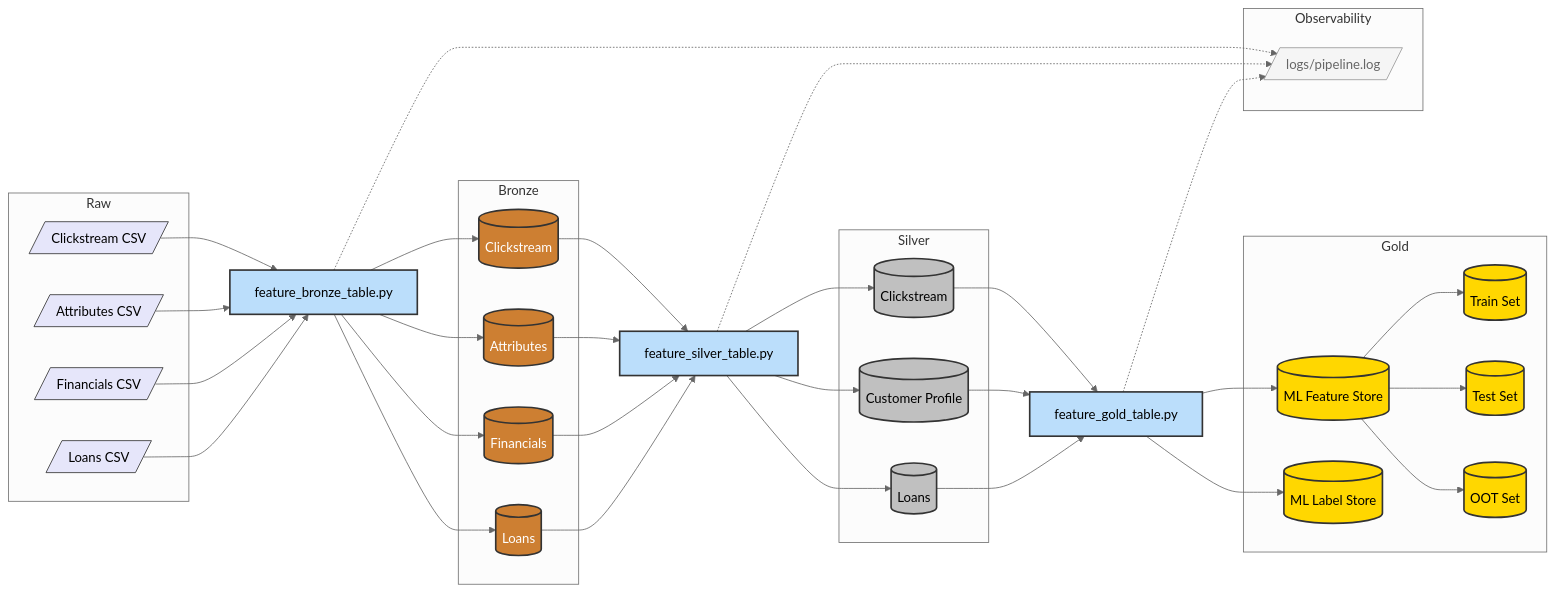
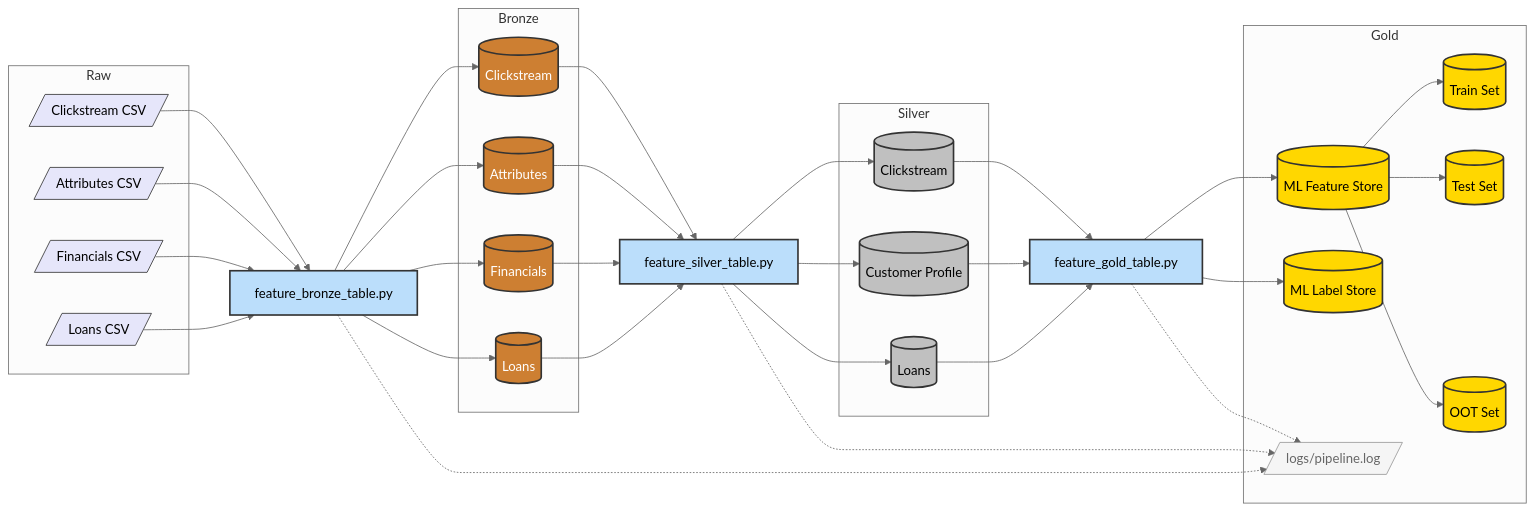
One commit to siranishkd/predictive-loan-default-modelling changed the diagram in docs/architecture_v3.md. Above: the diagram before and after it, drawn with Mermaid (neutral theme).

Commit message:
Move logging node directly inside Gold subgraph for closer alignment

```diff
--- a/docs/architecture_v3.md
+++ b/docs/architecture_v3.md
@@ -70,6 +70,8 @@
         G_Train[(Train Set)]:::gold
         G_Test[(Test Set)]:::gold
         G_OOT[(OOT Set)]:::gold
+        
+        LOG[/logs/pipeline.log/]:::log
     end
 
     S1 --> P3
@@ -82,10 +84,6 @@
     G1 --> G_Test
     G1 --> G_OOT
 
-    subgraph Observability
-        LOG[/logs/pipeline.log/]:::log
-    end
-
     P1 -.-> LOG
     P2 -.-> LOG
     P3 -.-> LOG
```
